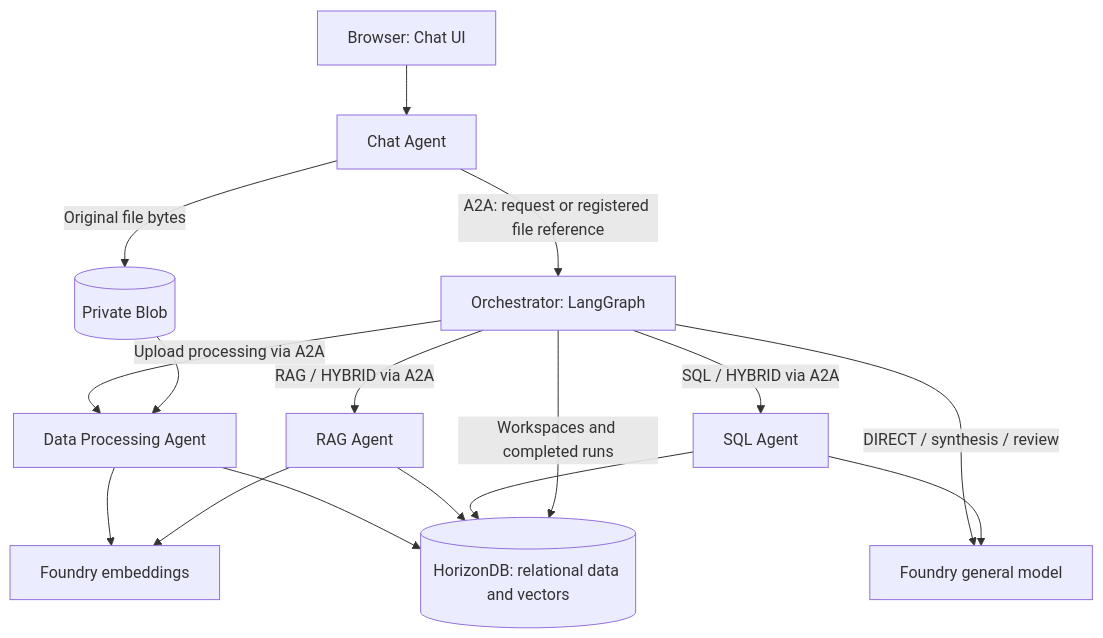
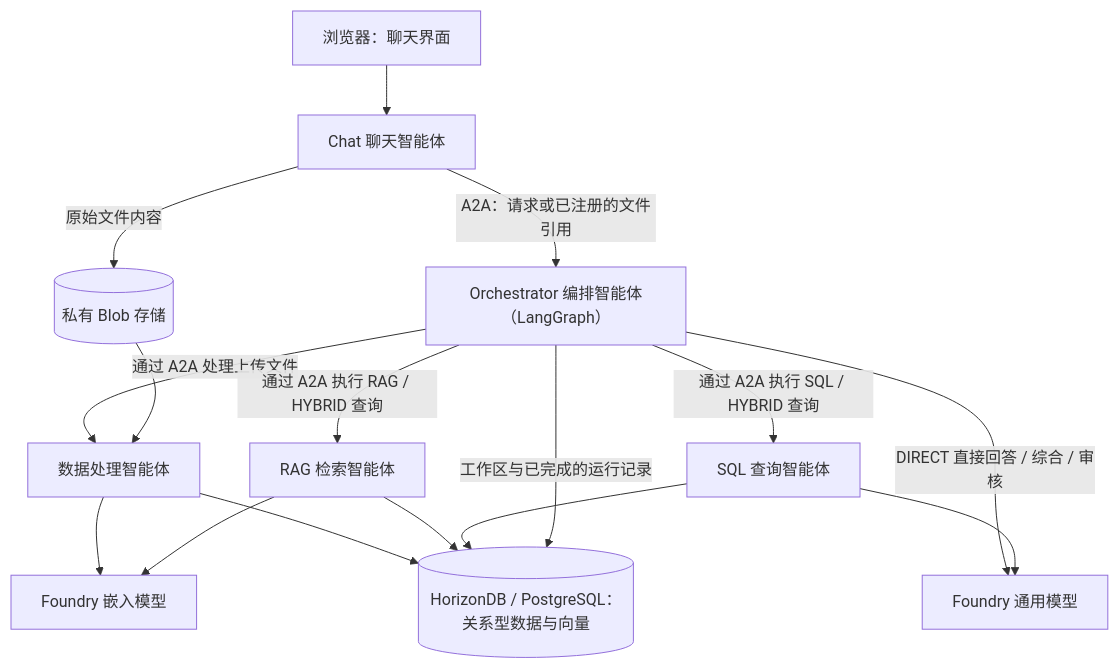
One commit to oxcp/ainotes changed the diagram in agenthost/module-06/readme_CN.md. Above: the diagram before and after it, drawn with Mermaid. The commit also changed other lines of this file and 152 other files, not shown here.

````diff
--- a/agenthost/module-06/readme_CN.md
+++ b/agenthost/module-06/readme_CN.md
@@ -43,18 +39,18 @@
 ```mermaid
 flowchart TD
-    U[Browser: Chat UI] --> C[Chat Agent]
-    C -->|Original file bytes| B[(Private Blob)]
-    C -->|A2A: request or registered file reference| O[Orchestrator: LangGraph]
-    O -->|Upload processing via A2A| D[Data Processing Agent]
+    U["浏览器：聊天界面"] --> C["Chat 聊天智能体"]
+    C -->|原始文件内容| B[("私有 Blob 存储")]
+    C -->|A2A：请求或已注册的文件引用| O["Orchestrator 编排智能体（LangGraph）"]
+    O -->|通过 A2A 处理上传文件| D["数据处理智能体"]
     B --> D
-    D --> E[Foundry embeddings]
-    D --> H[(HorizonDB: relational data and vectors)]
-    O -->|DIRECT / synthesis / review| L[Foundry general model]
-    O -->|RAG / HYBRID via A2A| R[RAG Agent]
-    O -->|SQL / HYBRID via A2A| S[SQL Agent]
+    D --> E["Foundry 嵌入模型"]
+    D --> H[("HorizonDB / PostgreSQL：关系型数据与向量")]
+    O -->|DIRECT 直接回答 / 综合 / 审核| L["Foundry 通用模型"]
+    O -->|通过 A2A 执行 RAG / HYBRID 查询| R["RAG 检索智能体"]
+    O -->|通过 A2A 执行 SQL / HYBRID 查询| S["SQL 查询智能体"]
     R --> E
     R --> H
     S --> L
     S --> H
-    O -->|Workspaces and completed runs| H
+    O -->|工作区与已完成的运行记录| H
 ```
````
